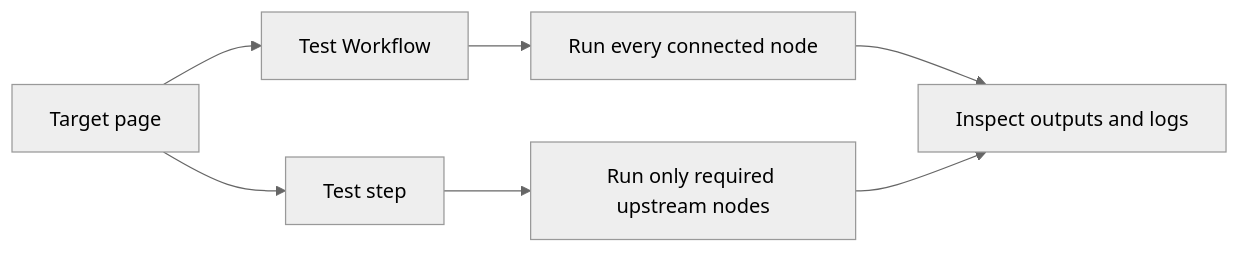
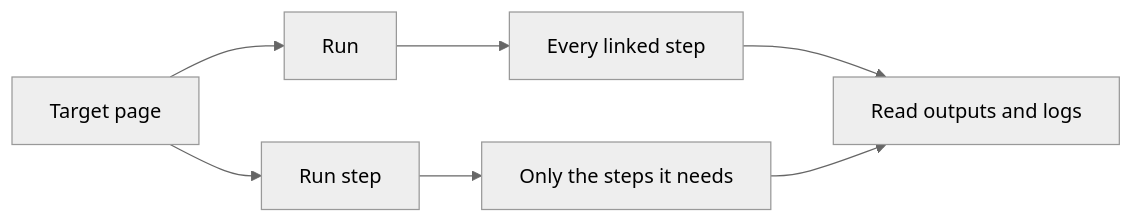
One commit to agentic-com/Agentic-Flow-Doc changed the diagram in src/content/docs/app/workflows/executions/run-from-the-canvas.mdx. Above: the diagram before and after it, drawn with Mermaid (neutral theme). The commit also changed other lines of this file and 17 other files, not shown here.

````diff
--- a/src/content/docs/app/workflows/executions/run-from-the-canvas.mdx
+++ b/src/content/docs/app/workflows/executions/run-from-the-canvas.mdx
@@ -18,12 +17,12 @@
 ```mermaid
 flowchart LR
-  Page["Target page"] --> Full["Test Workflow"]
-  Page --> Step["Test step"]
-  Full --> All["Run every connected node"]
-  Step --> Needed["Run only required upstream nodes"]
-  All --> Logs["Inspect outputs and logs"]
+  Page["Target page"] --> Full["Run"]
+  Page --> Step["Run step"]
+  Full --> All["Every linked step"]
+  Step --> Needed["Only the steps it needs"]
+  All --> Logs["Read outputs and logs"]
   Needed --> Logs
   class Page awf-trigger
   class Full,Step awf-flow
   class Logs awf-ok
 ```
````
